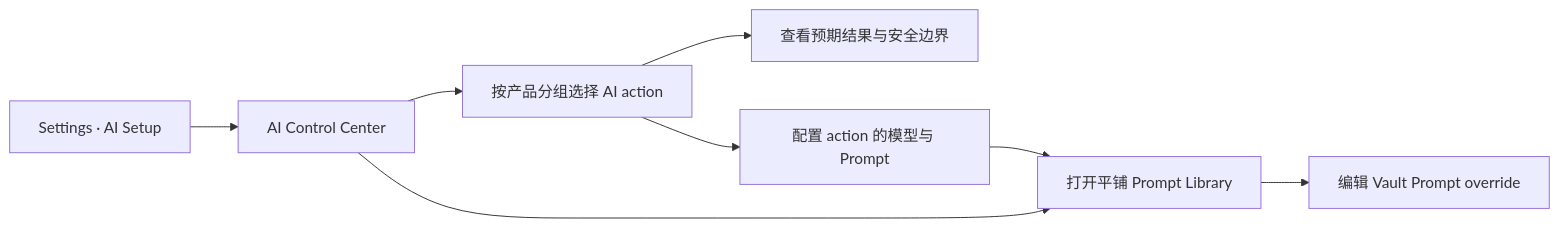
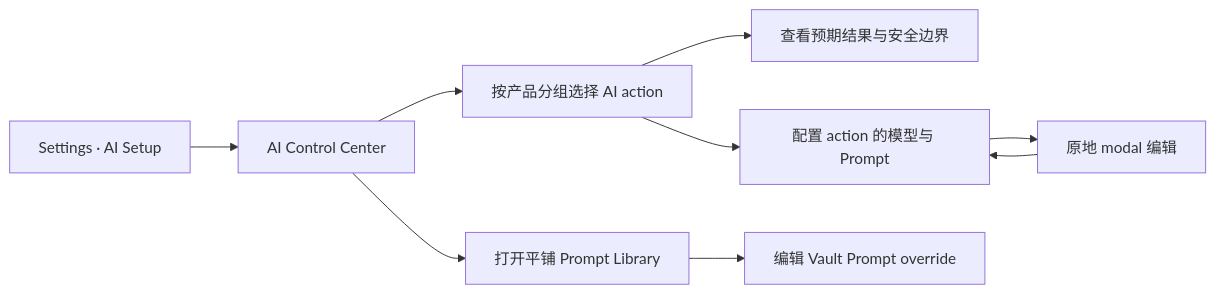
Before and after one commit to highestpeak/obsidian-peak-assistant: the diagram in docs/superpowers/specs/2026-07-30-ai-control-center-design.md, drawn with Mermaid. The commit also changed other lines of this file and 4 other files, not shown here.

````diff
--- a/docs/superpowers/specs/2026-07-30-ai-control-center-design.md
+++ b/docs/superpowers/specs/2026-07-30-ai-control-center-design.md
@@ -441,10 +443,11 @@
 ```mermaid
 flowchart LR
     Settings["Settings · AI Setup"] --> Center["AI Control Center"]
     Center --> Action["按产品分组选择 AI action"]
     Action --> Behavior["查看预期结果与安全边界"]
     Action --> Config["配置 action 的模型与 Prompt"]
+    Config --> Modal["原地 modal 编辑"]
+    Modal --> Config
     Center --> Library["打开平铺 Prompt Library"]
-    Config --> Library
     Library --> Edit["编辑 Vault Prompt override"]
 ```
````
